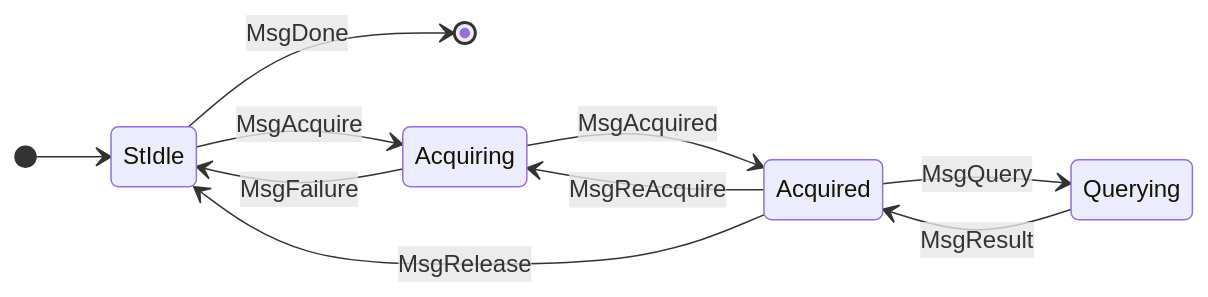
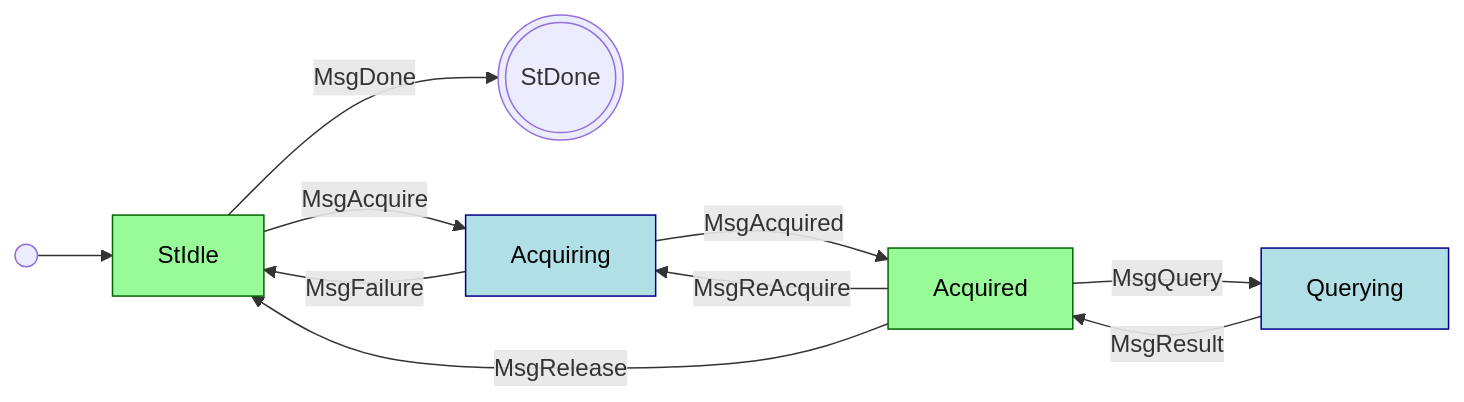
Before and after one commit to rkuhn/cardano-blueprint: the first of 2 diagrams in src/client/node-to-client/state-query/README.md, drawn with Mermaid. The commit also changed 11 other files, not shown here.

First line of the commit message:
Improve readability of state diagrams

````diff
--- a/src/client/node-to-client/state-query/README.md
+++ b/src/client/node-to-client/state-query/README.md
@@ -11,13 +11,20 @@
 ```mermaid
-stateDiagram
-    direction LR
-    [*] --> StIdle
-    StIdle --> [*]: MsgDone
-    StIdle --> Acquiring: MsgAcquire
-    Acquiring --> Acquired: MsgAcquired
-    Acquired --> Querying: MsgQuery
-    Querying --> Acquired: MsgResult
-    Acquired --> Acquiring: MsgReAcquire
-    Acquiring --> StIdle: MsgFailure
-    Acquired --> StIdle: MsgRelease
+graph LR
+    classDef client color:black,fill:PaleGreen,stroke:DarkGreen;
+    classDef server color:black,fill:PowderBlue,stroke:DarkBlue;
+
+    StDone(((StDone)))
+
+    i(( )) --> StIdle
+    StIdle --MsgDone--> StDone
+    StIdle --MsgAcquire--> Acquiring
+    Acquiring --MsgAcquired--> Acquired
+    Acquiring --MsgFailure--> StIdle
+    Acquired --MsgQuery--> Querying
+    Querying --MsgResult--> Acquired
+    Acquired --MsgReAcquire--> Acquiring
+    Acquired --MsgRelease--> StIdle
+
+    class StIdle,Acquired client
+    class Acquiring,Querying server
 ```
````
